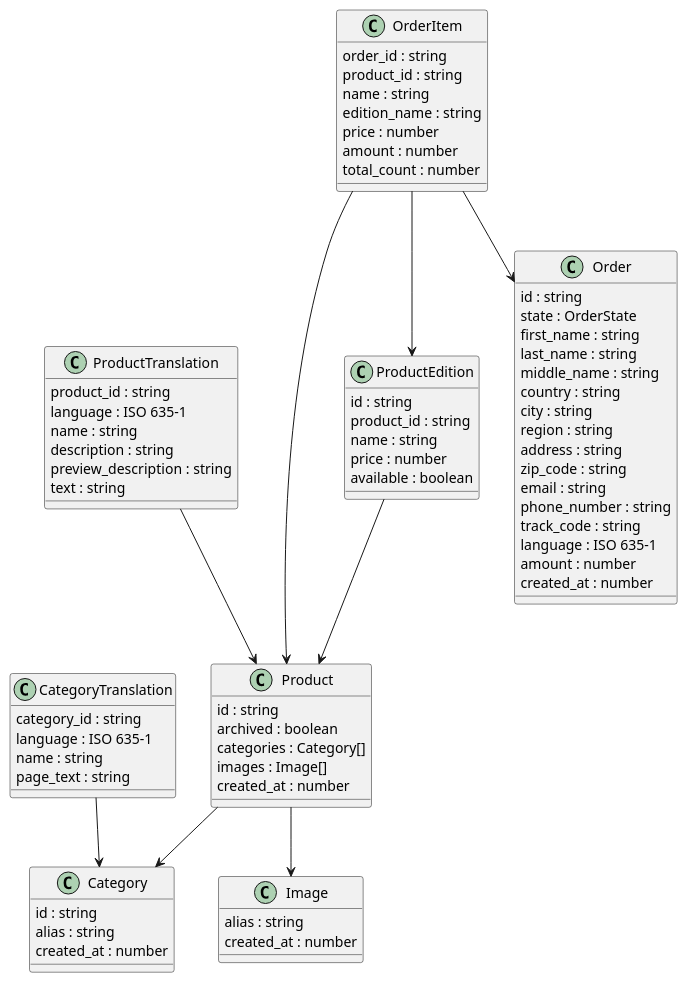
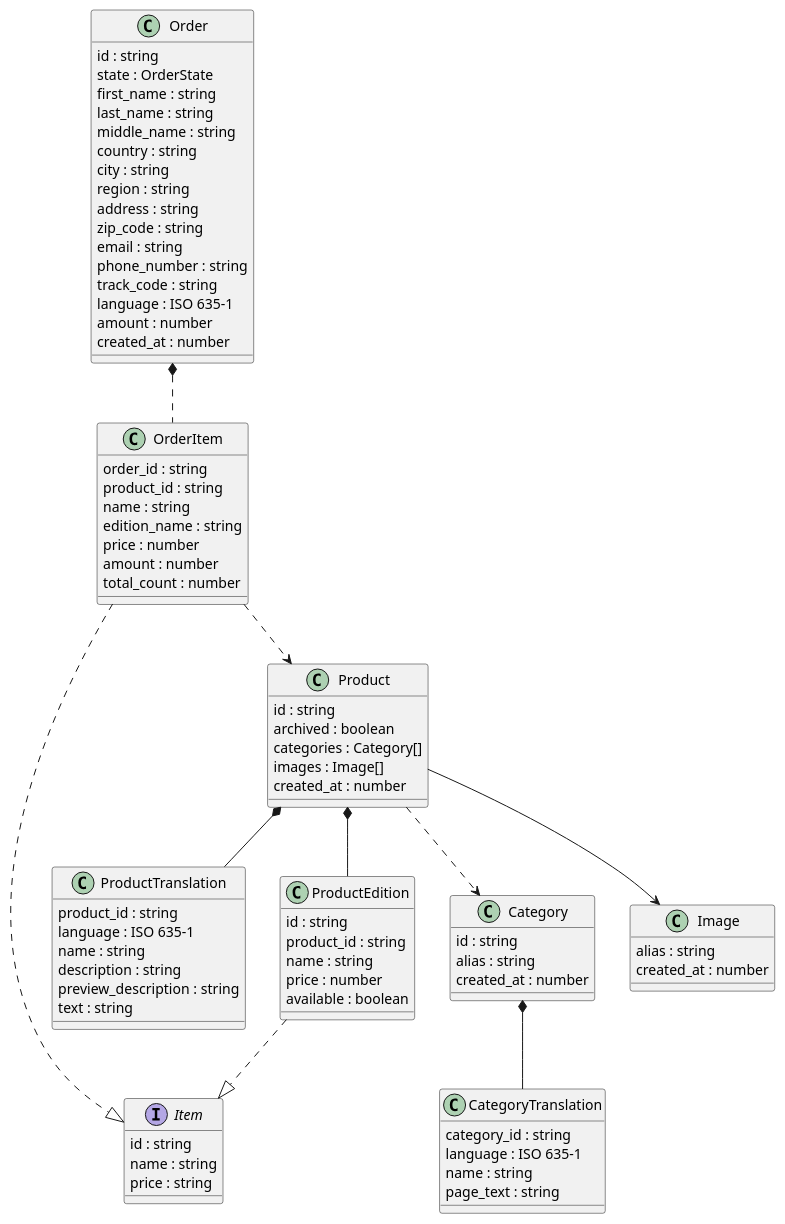
The diagram in docs/models.puml (async-devil/coffee-e-shop), drawn with PlantUML before and after one commit.

Commit message:
feat: update models doc

```diff
--- a/docs/models.puml
+++ b/docs/models.puml
@@ -1,83 +1,91 @@
 @startuml models
+
+interface Item {
+  id : string
+  name : string
+  price : string
+}
 
 class Product {
   id : string
   archived : boolean
   categories : Category[]
   images : Image[]
   created_at : number
 }
-Product --> Category
+Product *-- ProductTranslation
+Product *-- ProductEdition
+Product ..> Category
 Product --> Image
 
 class ProductTranslation {
   product_id : string
   language : ISO 635-1
   name : string
   description : string
   preview_description : string
   text : string
 }
-ProductTranslation --> Product
 
 class ProductEdition {
   id : string
   product_id : string
   name : string
   price : number
   available : boolean
 }
-ProductEdition --> Product
+ProductEdition ..|> Item
 
 class Image {
   alias : string
   created_at : number
 }
 
 class Category {
   id : string
   alias : string
   created_at : number
 }
 
+Category *-- CategoryTranslation
+
 class CategoryTranslation {
   category_id : string
   language : ISO 635-1
   name : string
   page_text : string
 }
-CategoryTranslation --> Category
 
 class Order {
   id : string
   state : OrderState
   first_name : string
   last_name : string
   middle_name : string
   country : string
   city : string
   region : string
   address : string
   zip_code : string
   email : string
   phone_number : string
   track_code : string
   language : ISO 635-1
   amount : number
   created_at : number
 }
+Order *.. OrderItem
 
 class OrderItem {
   order_id : string
   product_id : string
   name : string
   edition_name : string
   price : number
   amount : number
   total_count : number
 }
-OrderItem --> Order
-OrderItem --> Product
-OrderItem --> ProductEdition
+OrderItem ..|> Item
+OrderItem ..> Product
 
 @enduml
```
